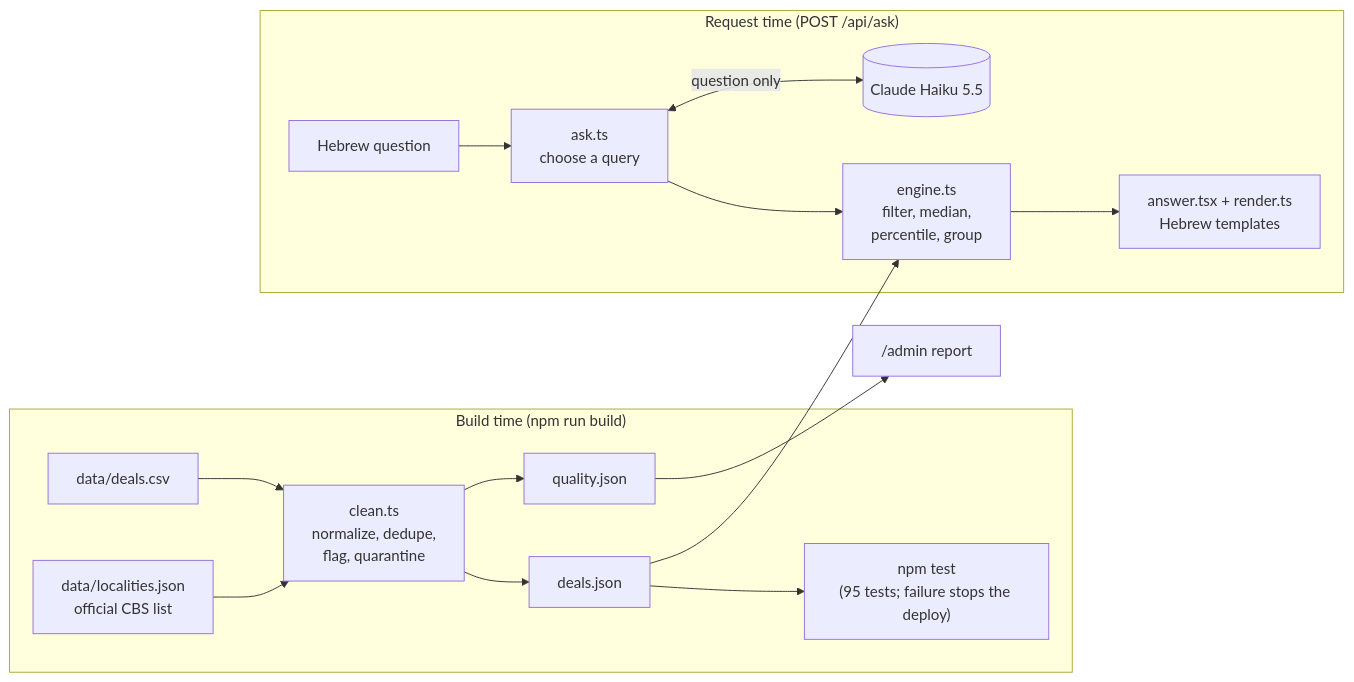
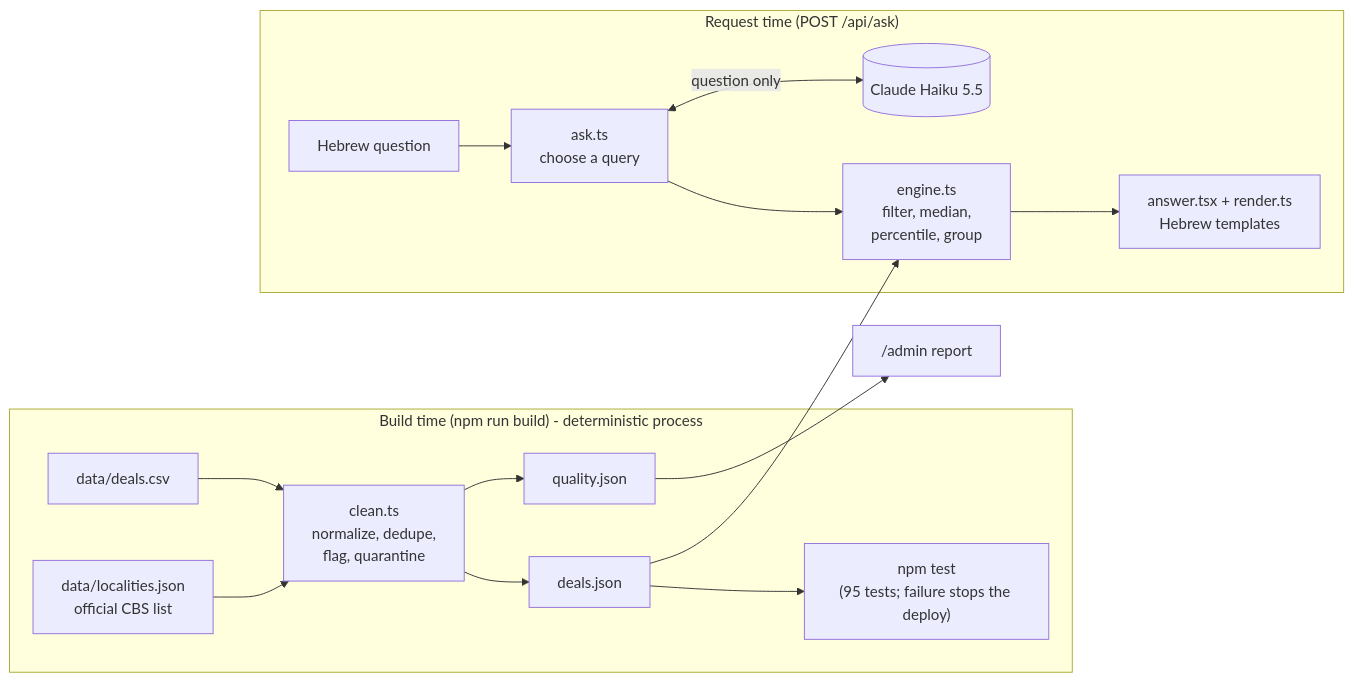
One commit to anyatar/madlan-tech-challenge changed the first of 2 diagrams in docs/presentation-summary.md. Above: the diagram before and after it, drawn with Mermaid. The commit also changed other lines of this file and 1 other file, not shown here.

````diff
--- a/docs/presentation-summary.md
+++ b/docs/presentation-summary.md
@@ -32,18 +32,18 @@
 ```mermaid
 flowchart LR
-  subgraph BUILD["Build time (npm run build)"]
+  subgraph BUILD["Build time (npm run build) - deterministic process"]
     CSV[data/deals.csv] --> CLEAN["clean.ts<br/>normalize, dedupe,<br/>flag, quarantine"]
     LOC[data/localities.json<br/>official CBS list] --> CLEAN
     CLEAN --> DJ[deals.json]
     CLEAN --> QJ[quality.json]
     DJ --> TESTS["npm test<br/>(95 tests; failure stops the deploy)"]
   end
   subgraph RUN["Request time (POST /api/ask)"]
     Q[Hebrew question] --> ASK["ask.ts<br/>choose a query"]
     ASK --> ENG["engine.ts<br/>filter, median,<br/>percentile, group"]
     ENG --> UI["answer.tsx + render.ts<br/>Hebrew templates"]
     ASK <-->|question only| LLM[(Claude Haiku 5.5)]
   end
   DJ --> ENG
   QJ --> ADMIN["/admin report"]
 ```
````
